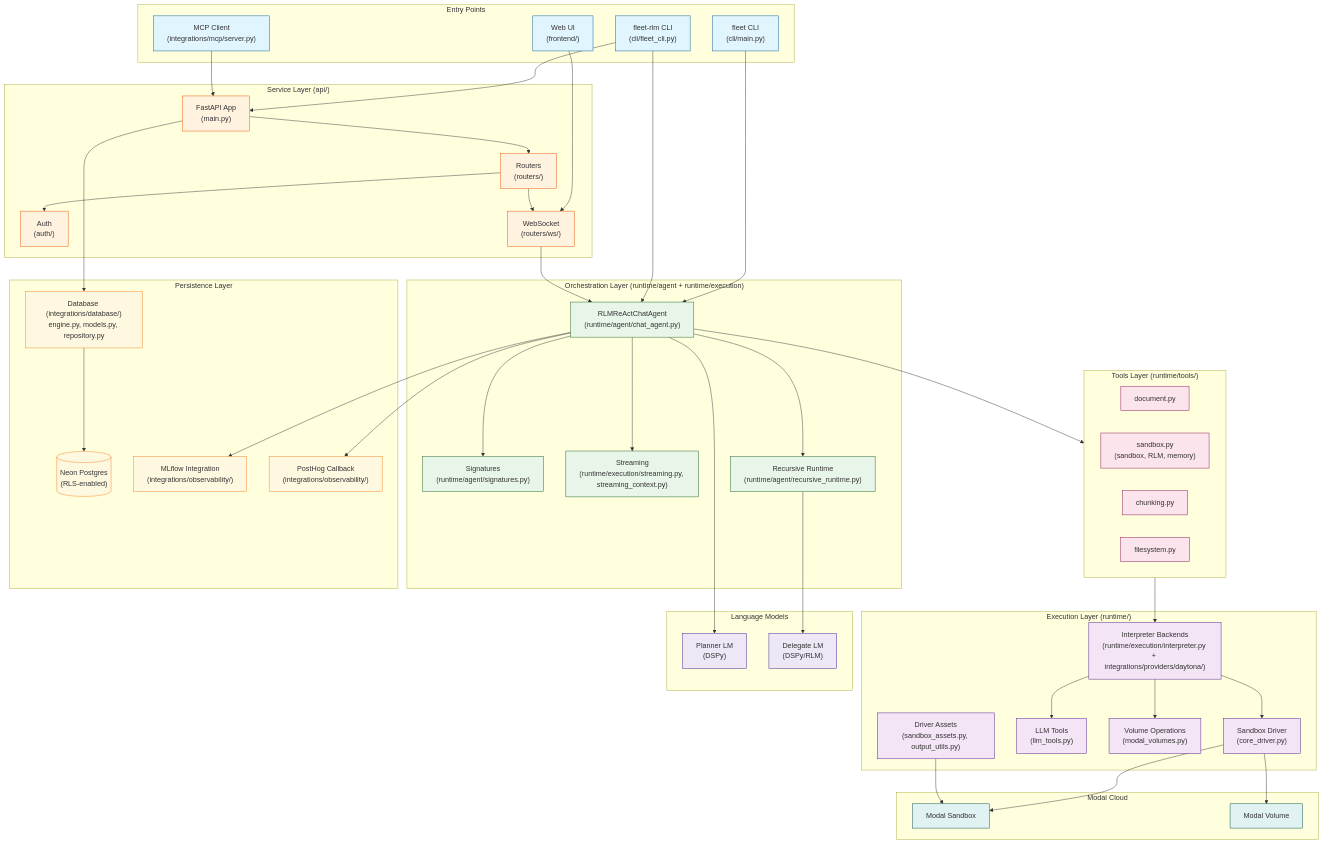
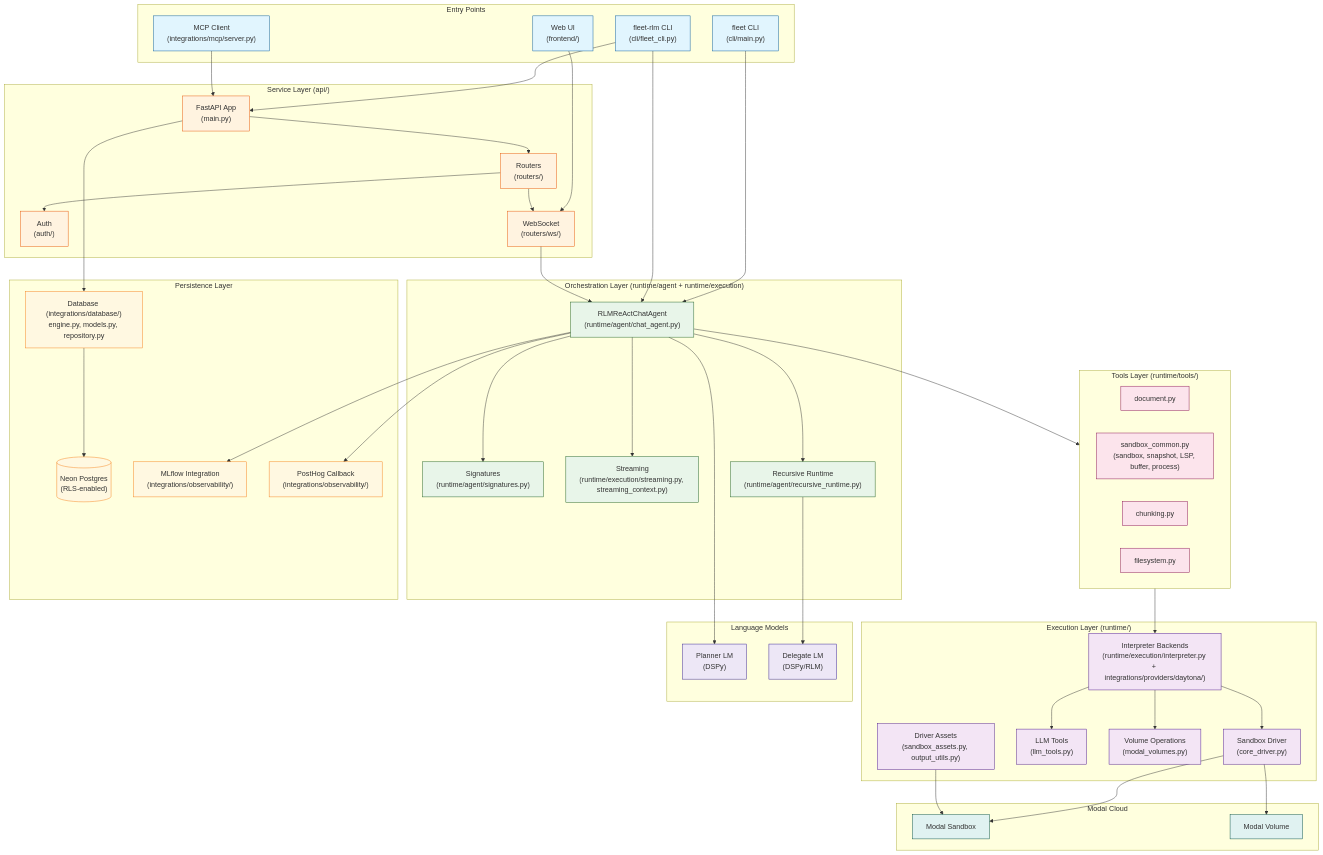
One commit to Qredence/fleet-rlm changed the first of 6 diagrams in docs/architecture.md. Above: the diagram before and after it, drawn with Mermaid. The commit also changed other lines of this file and 17 other files, not shown here.

First line of the commit message:
feat(daytona): Add readable sandbox names, snapshot defaults, uv package manager, and cost-saving lifecycle

```diff
--- a/docs/architecture.md
+++ b/docs/architecture.md
@@ -58,7 +58,7 @@
 
     subgraph TOOLS["Tools Layer (runtime/tools/)"]
         TOOL_DOCUMENT["document.py"]
-        TOOL_SANDBOX["sandbox.py<br/>(sandbox, RLM, memory)"]
+        TOOL_SANDBOX["sandbox_common.py<br/>(sandbox, snapshot, LSP, buffer, process)"]
         TOOL_CHUNKING["chunking.py"]
         TOOL_FILESYSTEM["filesystem.py"]
     end
```
